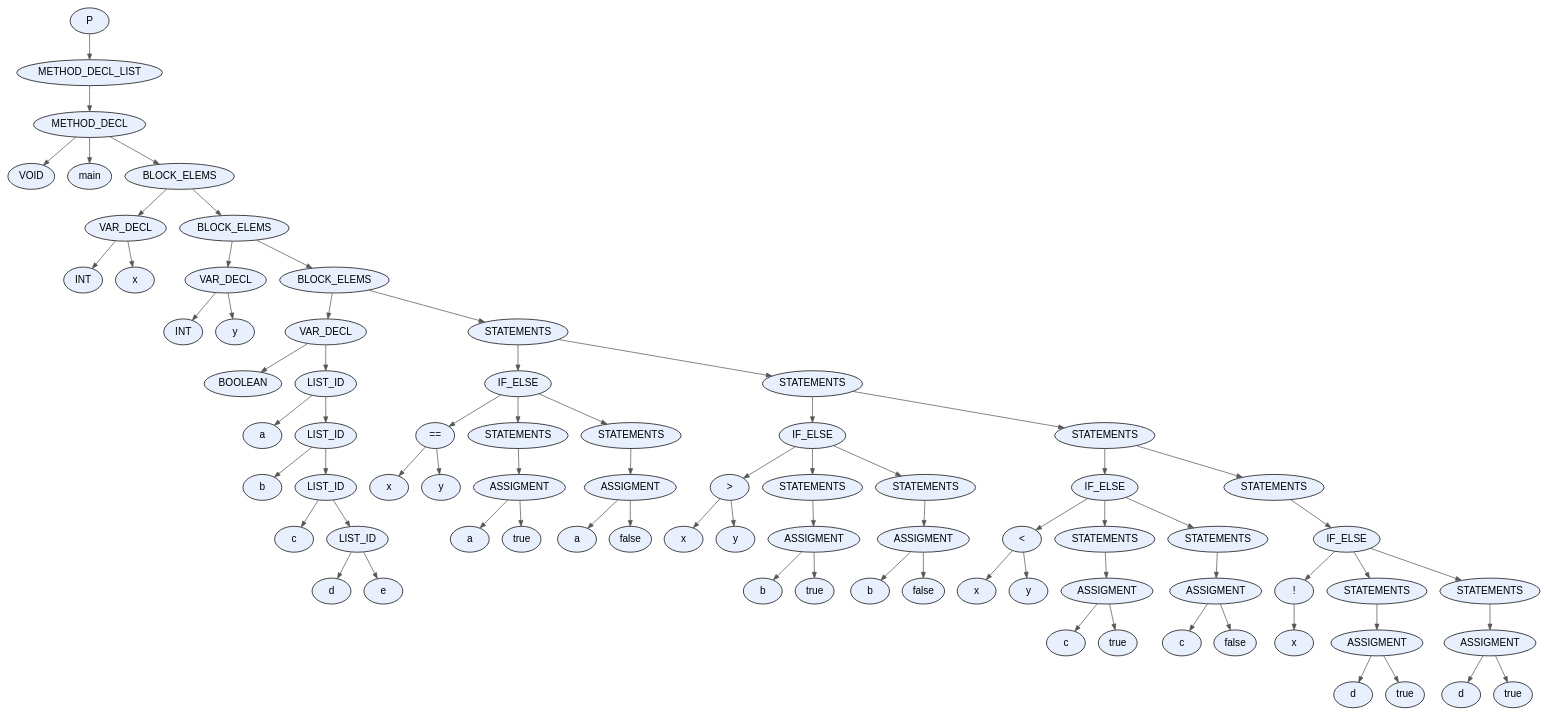
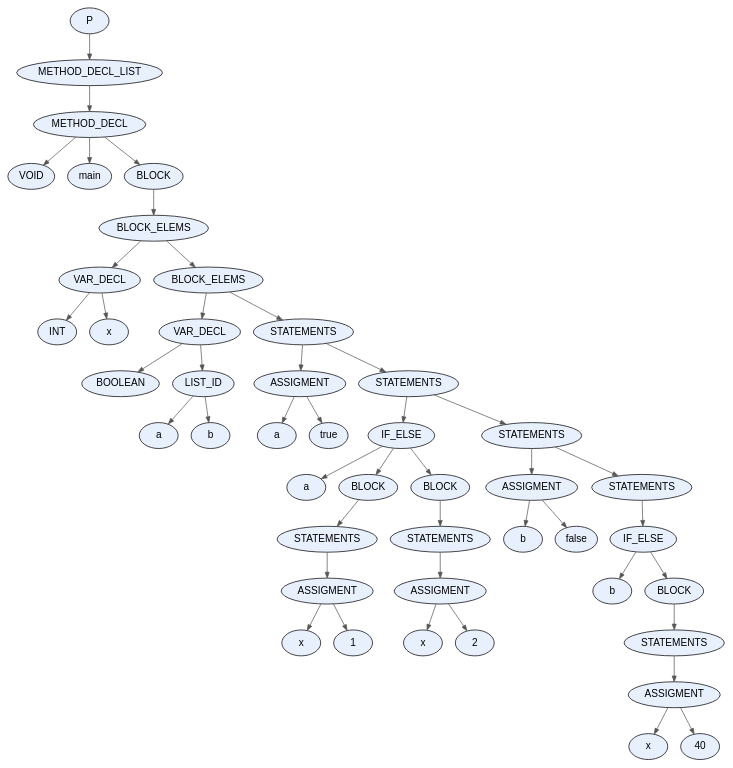
Before and after one commit to facundo-dario-loser/TDS2026: the diagram in proyecto/dot_files/test4.dot, drawn with Graphviz. The commit also changed 10 other files, not shown here.

```diff
--- a/proyecto/dot_files/test4.dot
+++ b/proyecto/dot_files/test4.dot
@@ -1,155 +1,93 @@
 digraph AST {
   node [fontname="Arial"];
   edge [arrowsize=0.8, color="#555555"];
-  "node_0x61e10f70d650" [label="P", style=filled, fillcolor="#E8F0FE", shape=ellipse, style="rounded,filled"];
-  "node_0x61e10f70d650" -> "node_0x61e10f70d600";
-  "node_0x61e10f70d600" [label="METHOD_DECL_LIST", style=filled, fillcolor="#E8F0FE", shape=ellipse, style="rounded,filled"];
-  "node_0x61e10f70d600" -> "node_0x61e10f70d5b0";
-  "node_0x61e10f70d5b0" [label="METHOD_DECL", style=filled, fillcolor="#E8F0FE", shape=ellipse, style="rounded,filled"];
-  "node_0x61e10f70d5b0" -> "node_0x61e10f70d4f0";
-  "node_0x61e10f70d4f0" [label="VOID", style=filled, fillcolor="#E8F0FE", shape=ellipse, style="rounded,filled"];
-  "node_0x61e10f70d5b0" -> "node_0x61e10f70d540";
-  "node_0x61e10f70d540" [label="main", style=filled, fillcolor="#E8F0FE", shape=ellipse, style="rounded,filled"];
-  "node_0x61e10f70d5b0" -> "node_0x61e10f70d4a0";
-  "node_0x61e10f70d4a0" [label="BLOCK_ELEMS", style=filled, fillcolor="#E8F0FE", shape=ellipse, style="rounded,filled"];
-  "node_0x61e10f70d4a0" -> "node_0x61e10f70ba20";
-  "node_0x61e10f70ba20" [label="VAR_DECL", style=filled, fillcolor="#E8F0FE", shape=ellipse, style="rounded,filled"];
-  "node_0x61e10f70ba20" -> "node_0x61e10f70b940";
-  "node_0x61e10f70b940" [label="INT", style=filled, fillcolor="#E8F0FE", shape=ellipse, style="rounded,filled"];
-  "node_0x61e10f70ba20" -> "node_0x61e10f70b9b0";
-  "node_0x61e10f70b9b0" [label="x", style=filled, fillcolor="#E8F0FE", shape=ellipse, style="rounded,filled"];
-  "node_0x61e10f70d4a0" -> "node_0x61e10f70d450";
-  "node_0x61e10f70d450" [label="BLOCK_ELEMS", style=filled, fillcolor="#E8F0FE", shape=ellipse, style="rounded,filled"];
-  "node_0x61e10f70d450" -> "node_0x61e10f70bb50";
-  "node_0x61e10f70bb50" [label="VAR_DECL", style=filled, fillcolor="#E8F0FE", shape=ellipse, style="rounded,filled"];
-  "node_0x61e10f70bb50" -> "node_0x61e10f70ba70";
-  "node_0x61e10f70ba70" [label="INT", style=filled, fillcolor="#E8F0FE", shape=ellipse, style="rounded,filled"];
-  "node_0x61e10f70bb50" -> "node_0x61e10f70bae0";
-  "node_0x61e10f70bae0" [label="y", style=filled, fillcolor="#E8F0FE", shape=ellipse, style="rounded,filled"];
-  "node_0x61e10f70d450" -> "node_0x61e10f70d400";
-  "node_0x61e10f70d400" [label="BLOCK_ELEMS", style=filled, fillcolor="#E8F0FE", shape=ellipse, style="rounded,filled"];
-  "node_0x61e10f70d400" -> "node_0x61e10f70c000";
-  "node_0x61e10f70c000" [label="VAR_DECL", style=filled, fillcolor="#E8F0FE", shape=ellipse, style="rounded,filled"];
-  "node_0x61e10f70c000" -> "node_0x61e10f70bba0";
-  "node_0x61e10f70bba0" [label="BOOLEAN", style=filled, fillcolor="#E8F0FE", shape=ellipse, style="rounded,filled"];
-  "node_0x61e10f70c000" -> "node_0x61e10f70bfb0";
-  "node_0x61e10f70bfb0" [label="LIST_ID", style=filled, fillcolor="#E8F0FE", shape=ellipse, style="rounded,filled"];
-  "node_0x61e10f70bfb0" -> "node_0x61e10f70bf40";
-  "node_0x61e10f70bf40" [label="a", style=filled, fillcolor="#E8F0FE", shape=ellipse, style="rounded,filled"];
-  "node_0x61e10f70bfb0" -> "node_0x61e10f70bef0";
-  "node_0x61e10f70bef0" [label="LIST_ID", style=filled, fillcolor="#E8F0FE", shape=ellipse, style="rounded,filled"];
-  "node_0x61e10f70bef0" -> "node_0x61e10f70be80";
-  "node_0x61e10f70be80" [label="b", style=filled, fillcolor="#E8F0FE", shape=ellipse, style="rounded,filled"];
-  "node_0x61e10f70bef0" -> "node_0x61e10f70be30";
-  "node_0x61e10f70be30" [label="LIST_ID", style=filled, fillcolor="#E8F0FE", shape=ellipse, style="rounded,filled"];
-  "node_0x61e10f70be30" -> "node_0x61e10f70bdc0";
-  "node_0x61e10f70bdc0" [label="c", style=filled, fillcolor="#E8F0FE", shape=ellipse, style="rounded,filled"];
-  "node_0x61e10f70be30" -> "node_0x61e10f70bd70";
-  "node_0x61e10f70bd70" [label="LIST_ID", style=filled, fillcolor="#E8F0FE", shape=ellipse, style="rounded,filled"];
-  "node_0x61e10f70bd70" -> "node_0x61e10f70bd00";
-  "node_0x61e10f70bd00" [label="d", style=filled, fillcolor="#E8F0FE", shape=ellipse, style="rounded,filled"];
-  "node_0x61e10f70bd70" -> "node_0x61e10f70bc90";
-  "node_0x61e10f70bc90" [label="e", style=filled, fillcolor="#E8F0FE", shape=ellipse, style="rounded,filled"];
-  "node_0x61e10f70d400" -> "node_0x61e10f70d3b0";
-  "node_0x61e10f70d3b0" [label="STATEMENTS", style=filled, fillcolor="#E8F0FE", shape=ellipse, style="rounded,filled"];
-  "node_0x61e10f70d3b0" -> "node_0x61e10f70c4c0";
-  "node_0x61e10f70c4c0" [label="IF_ELSE", style=filled, fillcolor="#E8F0FE", shape=ellipse, style="rounded,filled"];
-  "node_0x61e10f70c4c0" -> "node_0x61e10f70c170";
-  "node_0x61e10f70c170" [label="==", style=filled, fillcolor="#E8F0FE", shape=ellipse, style="rounded,filled"];
-  "node_0x61e10f70c170" -> "node_0x61e10f70c070";
-  "node_0x61e10f70c070" [label="x", style=filled, fillcolor="#E8F0FE", shape=ellipse, style="rounded,filled"];
-  "node_0x61e10f70c170" -> "node_0x61e10f70c100";
-  "node_0x61e10f70c100" [label="y", style=filled, fillcolor="#E8F0FE", shape=ellipse, style="rounded,filled"];
-  "node_0x61e10f70c4c0" -> "node_0x61e10f70c2f0";
-  "node_0x61e10f70c2f0" [label="STATEMENTS", style=filled, fillcolor="#E8F0FE", shape=ellipse, style="rounded,filled"];
-  "node_0x61e10f70c2f0" -> "node_0x61e10f70c2a0";
-  "node_0x61e10f70c2a0" [label="ASSIGMENT", style=filled, fillcolor="#E8F0FE", shape=ellipse, style="rounded,filled"];
-  "node_0x61e10f70c2a0" -> "node_0x61e10f70c230";
-  "node_0x61e10f70c230" [label="a", style=filled, fillcolor="#E8F0FE", shape=ellipse, style="rounded,filled"];
-  "node_0x61e10f70c2a0" -> "node_0x61e10f70c1e0";
-  "node_0x61e10f70c1e0" [label="true", style=filled, fillcolor="#E8F0FE", shape=ellipse, style="rounded,filled"];
-  "node_0x61e10f70c4c0" -> "node_0x61e10f70c470";
-  "node_0x61e10f70c470" [label="STATEMENTS", style=filled, fillcolor="#E8F0FE", shape=ellipse, style="rounded,filled"];
-  "node_0x61e10f70c470" -> "node_0x61e10f70c420";
-  "node_0x61e10f70c420" [label="ASSIGMENT", style=filled, fillcolor="#E8F0FE", shape=ellipse, style="rounded,filled"];
-  "node_0x61e10f70c420" -> "node_0x61e10f70c3b0";
-  "node_0x61e10f70c3b0" [label="a", style=filled, fillcolor="#E8F0FE", shape=ellipse, style="rounded,filled"];
-  "node_0x61e10f70c420" -> "node_0x61e10f70c360";
-  "node_0x61e10f70c360" [label="false", style=filled, fillcolor="#E8F0FE", shape=ellipse, style="rounded,filled"];
-  "node_0x61e10f70d3b0" -> "node_0x61e10f70d360";
-  "node_0x61e10f70d360" [label="STATEMENTS", style=filled, fillcolor="#E8F0FE", shape=ellipse, style="rounded,filled"];
-  "node_0x61e10f70d360" -> "node_0x61e10f70c980";
-  "node_0x61e10f70c980" [label="IF_ELSE", style=filled, fillcolor="#E8F0FE", shape=ellipse, style="rounded,filled"];
-  "node_0x61e10f70c980" -> "node_0x61e10f70c630";
-  "node_0x61e10f70c630" [label=">", style=filled, fillcolor="#E8F0FE", shape=ellipse, style="rounded,filled"];
-  "node_0x61e10f70c630" -> "node_0x61e10f70c530";
-  "node_0x61e10f70c530" [label="x", style=filled, fillcolor="#E8F0FE", shape=ellipse, style="rounded,filled"];
-  "node_0x61e10f70c630" -> "node_0x61e10f70c5c0";
-  "node_0x61e10f70c5c0" [label="y", style=filled, fillcolor="#E8F0FE", shape=ellipse, style="rounded,filled"];
-  "node_0x61e10f70c980" -> "node_0x61e10f70c7b0";
-  "node_0x61e10f70c7b0" [label="STATEMENTS", style=filled, fillcolor="#E8F0FE", shape=ellipse, style="rounded,filled"];
-  "node_0x61e10f70c7b0" -> "node_0x61e10f70c760";
-  "node_0x61e10f70c760" [label="ASSIGMENT", style=filled, fillcolor="#E8F0FE", shape=ellipse, style="rounded,filled"];
-  "node_0x61e10f70c760" -> "node_0x61e10f70c6f0";
-  "node_0x61e10f70c6f0" [label="b", style=filled, fillcolor="#E8F0FE", shape=ellipse, style="rounded,filled"];
-  "node_0x61e10f70c760" -> "node_0x61e10f70c6a0";
-  "node_0x61e10f70c6a0" [label="true", style=filled, fillcolor="#E8F0FE", shape=ellipse, style="rounded,filled"];
-  "node_0x61e10f70c980" -> "node_0x61e10f70c930";
-  "node_0x61e10f70c930" [label="STATEMENTS", style=filled, fillcolor="#E8F0FE", shape=ellipse, style="rounded,filled"];
-  "node_0x61e10f70c930" -> "node_0x61e10f70c8e0";
-  "node_0x61e10f70c8e0" [label="ASSIGMENT", style=filled, fillcolor="#E8F0FE", shape=ellipse, style="rounded,filled"];
-  "node_0x61e10f70c8e0" -> "node_0x61e10f70c870";
-  "node_0x61e10f70c870" [label="b", style=filled, fillcolor="#E8F0FE", shape=ellipse, style="rounded,filled"];
-  "node_0x61e10f70c8e0" -> "node_0x61e10f70c820";
-  "node_0x61e10f70c820" [label="false", style=filled, fillcolor="#E8F0FE", shape=ellipse, style="rounded,filled"];
-  "node_0x61e10f70d360" -> "node_0x61e10f70d310";
-  "node_0x61e10f70d310" [label="STATEMENTS", style=filled, fillcolor="#E8F0FE", shape=ellipse, style="rounded,filled"];
-  "node_0x61e10f70d310" -> "node_0x61e10f70ce40";
-  "node_0x61e10f70ce40" [label="IF_ELSE", style=filled, fillcolor="#E8F0FE", shape=ellipse, style="rounded,filled"];
-  "node_0x61e10f70ce40" -> "node_0x61e10f70caf0";
-  "node_0x61e10f70caf0" [label="<", style=filled, fillcolor="#E8F0FE", shape=ellipse, style="rounded,filled"];
-  "node_0x61e10f70caf0" -> "node_0x61e10f70c9f0";
-  "node_0x61e10f70c9f0" [label="x", style=filled, fillcolor="#E8F0FE", shape=ellipse, style="rounded,filled"];
-  "node_0x61e10f70caf0" -> "node_0x61e10f70ca80";
-  "node_0x61e10f70ca80" [label="y", style=filled, fillcolor="#E8F0FE", shape=ellipse, style="rounded,filled"];
-  "node_0x61e10f70ce40" -> "node_0x61e10f70cc70";
-  "node_0x61e10f70cc70" [label="STATEMENTS", style=filled, fillcolor="#E8F0FE", shape=ellipse, style="rounded,filled"];
-  "node_0x61e10f70cc70" -> "node_0x61e10f70cc20";
-  "node_0x61e10f70cc20" [label="ASSIGMENT", style=filled, fillcolor="#E8F0FE", shape=ellipse, style="rounded,filled"];
-  "node_0x61e10f70cc20" -> "node_0x61e10f70cbb0";
-  "node_0x61e10f70cbb0" [label="c", style=filled, fillcolor="#E8F0FE", shape=ellipse, style="rounded,filled"];
-  "node_0x61e10f70cc20" -> "node_0x61e10f70cb60";
-  "node_0x61e10f70cb60" [label="true", style=filled, fillcolor="#E8F0FE", shape=ellipse, style="rounded,filled"];
-  "node_0x61e10f70ce40" -> "node_0x61e10f70cdf0";
-  "node_0x61e10f70cdf0" [label="STATEMENTS", style=filled, fillcolor="#E8F0FE", shape=ellipse, style="rounded,filled"];
-  "node_0x61e10f70cdf0" -> "node_0x61e10f70cda0";
-  "node_0x61e10f70cda0" [label="ASSIGMENT", style=filled, fillcolor="#E8F0FE", shape=ellipse, style="rounded,filled"];
-  "node_0x61e10f70cda0" -> "node_0x61e10f70cd30";
-  "node_0x61e10f70cd30" [label="c", style=filled, fillcolor="#E8F0FE", shape=ellipse, style="rounded,filled"];
-  "node_0x61e10f70cda0" -> "node_0x61e10f70cce0";
-  "node_0x61e10f70cce0" [label="false", style=filled, fillcolor="#E8F0FE", shape=ellipse, style="rounded,filled"];
-  "node_0x61e10f70d310" -> "node_0x61e10f70d2c0";
-  "node_0x61e10f70d2c0" [label="STATEMENTS", style=filled, fillcolor="#E8F0FE", shape=ellipse, style="rounded,filled"];
-  "node_0x61e10f70d2c0" -> "node_0x61e10f70d270";
-  "node_0x61e10f70d270" [label="IF_ELSE", style=filled, fillcolor="#E8F0FE", shape=ellipse, style="rounded,filled"];
-  "node_0x61e10f70d270" -> "node_0x61e10f70cf20";
-  "node_0x61e10f70cf20" [label="!", style=filled, fillcolor="#E8F0FE", shape=ellipse, style="rounded,filled"];
-  "node_0x61e10f70cf20" -> "node_0x61e10f70ceb0";
-  "node_0x61e10f70ceb0" [label="x", style=filled, fillcolor="#E8F0FE", shape=ellipse, style="rounded,filled"];
-  "node_0x61e10f70d270" -> "node_0x61e10f70d0a0";
-  "node_0x61e10f70d0a0" [label="STATEMENTS", style=filled, fillcolor="#E8F0FE", shape=ellipse, style="rounded,filled"];
-  "node_0x61e10f70d0a0" -> "node_0x61e10f70d050";
-  "node_0x61e10f70d050" [label="ASSIGMENT", style=filled, fillcolor="#E8F0FE", shape=ellipse, style="rounded,filled"];
-  "node_0x61e10f70d050" -> "node_0x61e10f70cfe0";
-  "node_0x61e10f70cfe0" [label="d", style=filled, fillcolor="#E8F0FE", shape=ellipse, style="rounded,filled"];
-  "node_0x61e10f70d050" -> "node_0x61e10f70cf90";
-  "node_0x61e10f70cf90" [label="true", style=filled, fillcolor="#E8F0FE", shape=ellipse, style="rounded,filled"];
-  "node_0x61e10f70d270" -> "node_0x61e10f70d220";
-  "node_0x61e10f70d220" [label="STATEMENTS", style=filled, fillcolor="#E8F0FE", shape=ellipse, style="rounded,filled"];
-  "node_0x61e10f70d220" -> "node_0x61e10f70d1d0";
-  "node_0x61e10f70d1d0" [label="ASSIGMENT", style=filled, fillcolor="#E8F0FE", shape=ellipse, style="rounded,filled"];
-  "node_0x61e10f70d1d0" -> "node_0x61e10f70d160";
-  "node_0x61e10f70d160" [label="d", style=filled, fillcolor="#E8F0FE", shape=ellipse, style="rounded,filled"];
-  "node_0x61e10f70d1d0" -> "node_0x61e10f70d110";
-  "node_0x61e10f70d110" [label="true", style=filled, fillcolor="#E8F0FE", shape=ellipse, style="rounded,filled"];
+  "node_0x579cc531a9a0" [label="P", style=filled, fillcolor="#E8F0FE", shape=ellipse, style="rounded,filled"];
+  "node_0x579cc531a9a0" -> "node_0x579cc531a950";
+  "node_0x579cc531a950" [label="METHOD_DECL_LIST", style=filled, fillcolor="#E8F0FE", shape=ellipse, style="rounded,filled"];
+  "node_0x579cc531a950" -> "node_0x579cc531a900";
+  "node_0x579cc531a900" [label="METHOD_DECL", style=filled, fillcolor="#E8F0FE", shape=ellipse, style="rounded,filled"];
+  "node_0x579cc531a900" -> "node_0x579cc531a840";
+  "node_0x579cc531a840" [label="VOID", style=filled, fillcolor="#E8F0FE", shape=ellipse, style="rounded,filled"];
+  "node_0x579cc531a900" -> "node_0x579cc531a890";
+  "node_0x579cc531a890" [label="main", style=filled, fillcolor="#E8F0FE", shape=ellipse, style="rounded,filled"];
+  "node_0x579cc531a900" -> "node_0x579cc531a7f0";
+  "node_0x579cc531a7f0" [label="BLOCK", style=filled, fillcolor="#E8F0FE", shape=ellipse, style="rounded,filled"];
+  "node_0x579cc531a7f0" -> "node_0x579cc531a7a0";
+  "node_0x579cc531a7a0" [label="BLOCK_ELEMS", style=filled, fillcolor="#E8F0FE", shape=ellipse, style="rounded,filled"];
+  "node_0x579cc531a7a0" -> "node_0x579cc5319a20";
+  "node_0x579cc5319a20" [label="VAR_DECL", style=filled, fillcolor="#E8F0FE", shape=ellipse, style="rounded,filled"];
+  "node_0x579cc5319a20" -> "node_0x579cc5319940";
+  "node_0x579cc5319940" [label="INT", style=filled, fillcolor="#E8F0FE", shape=ellipse, style="rounded,filled"];
+  "node_0x579cc5319a20" -> "node_0x579cc53199b0";
+  "node_0x579cc53199b0" [label="x", style=filled, fillcolor="#E8F0FE", shape=ellipse, style="rounded,filled"];
+  "node_0x579cc531a7a0" -> "node_0x579cc531a750";
+  "node_0x579cc531a750" [label="BLOCK_ELEMS", style=filled, fillcolor="#E8F0FE", shape=ellipse, style="rounded,filled"];
+  "node_0x579cc531a750" -> "node_0x579cc5319c30";
+  "node_0x579cc5319c30" [label="VAR_DECL", style=filled, fillcolor="#E8F0FE", shape=ellipse, style="rounded,filled"];
+  "node_0x579cc5319c30" -> "node_0x579cc5319a70";
+  "node_0x579cc5319a70" [label="BOOLEAN", style=filled, fillcolor="#E8F0FE", shape=ellipse, style="rounded,filled"];
+  "node_0x579cc5319c30" -> "node_0x579cc5319be0";
+  "node_0x579cc5319be0" [label="LIST_ID", style=filled, fillcolor="#E8F0FE", shape=ellipse, style="rounded,filled"];
+  "node_0x579cc5319be0" -> "node_0x579cc5319b70";
+  "node_0x579cc5319b70" [label="a", style=filled, fillcolor="#E8F0FE", shape=ellipse, style="rounded,filled"];
+  "node_0x579cc5319be0" -> "node_0x579cc5319b00";
+  "node_0x579cc5319b00" [label="b", style=filled, fillcolor="#E8F0FE", shape=ellipse, style="rounded,filled"];
+  "node_0x579cc531a750" -> "node_0x579cc531a700";
+  "node_0x579cc531a700" [label="STATEMENTS", style=filled, fillcolor="#E8F0FE", shape=ellipse, style="rounded,filled"];
+  "node_0x579cc531a700" -> "node_0x579cc5319d60";
+  "node_0x579cc5319d60" [label="ASSIGMENT", style=filled, fillcolor="#E8F0FE", shape=ellipse, style="rounded,filled"];
+  "node_0x579cc5319d60" -> "node_0x579cc5319cf0";
+  "node_0x579cc5319cf0" [label="a", style=filled, fillcolor="#E8F0FE", shape=ellipse, style="rounded,filled"];
+  "node_0x579cc5319d60" -> "node_0x579cc5319ca0";
+  "node_0x579cc5319ca0" [label="true", style=filled, fillcolor="#E8F0FE", shape=ellipse, style="rounded,filled"];
+  "node_0x579cc531a700" -> "node_0x579cc531a6b0";
+  "node_0x579cc531a6b0" [label="STATEMENTS", style=filled, fillcolor="#E8F0FE", shape=ellipse, style="rounded,filled"];
+  "node_0x579cc531a6b0" -> "node_0x579cc531a1e0";
+  "node_0x579cc531a1e0" [label="IF_ELSE", style=filled, fillcolor="#E8F0FE", shape=ellipse, style="rounded,filled"];
+  "node_0x579cc531a1e0" -> "node_0x579cc5319dd0";
+  "node_0x579cc5319dd0" [label="a", style=filled, fillcolor="#E8F0FE", shape=ellipse, style="rounded,filled"];
+  "node_0x579cc531a1e0" -> "node_0x579cc5319fc0";
+  "node_0x579cc5319fc0" [label="BLOCK", style=filled, fillcolor="#E8F0FE", shape=ellipse, style="rounded,filled"];
+  "node_0x579cc5319fc0" -> "node_0x579cc5319f70";
+  "node_0x579cc5319f70" [label="STATEMENTS", style=filled, fillcolor="#E8F0FE", shape=ellipse, style="rounded,filled"];
+  "node_0x579cc5319f70" -> "node_0x579cc5319f20";
+  "node_0x579cc5319f20" [label="ASSIGMENT", style=filled, fillcolor="#E8F0FE", shape=ellipse, style="rounded,filled"];
+  "node_0x579cc5319f20" -> "node_0x579cc5319eb0";
+  "node_0x579cc5319eb0" [label="x", style=filled, fillcolor="#E8F0FE", shape=ellipse, style="rounded,filled"];
+  "node_0x579cc5319f20" -> "node_0x579cc5319e60";
+  "node_0x579cc5319e60" [label="1", style=filled, fillcolor="#E8F0FE", shape=ellipse, style="rounded,filled"];
+  "node_0x579cc531a1e0" -> "node_0x579cc531a190";
+  "node_0x579cc531a190" [label="BLOCK", style=filled, fillcolor="#E8F0FE", shape=ellipse, style="rounded,filled"];
+  "node_0x579cc531a190" -> "node_0x579cc531a140";
+  "node_0x579cc531a140" [label="STATEMENTS", style=filled, fillcolor="#E8F0FE", shape=ellipse, style="rounded,filled"];
+  "node_0x579cc531a140" -> "node_0x579cc531a0f0";
+  "node_0x579cc531a0f0" [label="ASSIGMENT", style=filled, fillcolor="#E8F0FE", shape=ellipse, style="rounded,filled"];
+  "node_0x579cc531a0f0" -> "node_0x579cc531a080";
+  "node_0x579cc531a080" [label="x", style=filled, fillcolor="#E8F0FE", shape=ellipse, style="rounded,filled"];
+  "node_0x579cc531a0f0" -> "node_0x579cc531a030";
+  "node_0x579cc531a030" [label="2", style=filled, fillcolor="#E8F0FE", shape=ellipse, style="rounded,filled"];
+  "node_0x579cc531a6b0" -> "node_0x579cc531a660";
+  "node_0x579cc531a660" [label="STATEMENTS", style=filled, fillcolor="#E8F0FE", shape=ellipse, style="rounded,filled"];
+  "node_0x579cc531a660" -> "node_0x579cc531a310";
+  "node_0x579cc531a310" [label="ASSIGMENT", style=filled, fillcolor="#E8F0FE", shape=ellipse, style="rounded,filled"];
+  "node_0x579cc531a310" -> "node_0x579cc531a2a0";
+  "node_0x579cc531a2a0" [label="b", style=filled, fillcolor="#E8F0FE", shape=ellipse, style="rounded,filled"];
+  "node_0x579cc531a310" -> "node_0x579cc531a250";
+  "node_0x579cc531a250" [label="false", style=filled, fillcolor="#E8F0FE", shape=ellipse, style="rounded,filled"];
+  "node_0x579cc531a660" -> "node_0x579cc531a610";
+  "node_0x579cc531a610" [label="STATEMENTS", style=filled, fillcolor="#E8F0FE", shape=ellipse, style="rounded,filled"];
+  "node_0x579cc531a610" -> "node_0x579cc531a5c0";
+  "node_0x579cc531a5c0" [label="IF_ELSE", style=filled, fillcolor="#E8F0FE", shape=ellipse, style="rounded,filled"];
+  "node_0x579cc531a5c0" -> "node_0x579cc531a380";
+  "node_0x579cc531a380" [label="b", style=filled, fillcolor="#E8F0FE", shape=ellipse, style="rounded,filled"];
+  "node_0x579cc531a5c0" -> "node_0x579cc531a570";
+  "node_0x579cc531a570" [label="BLOCK", style=filled, fillcolor="#E8F0FE", shape=ellipse, style="rounded,filled"];
+  "node_0x579cc531a570" -> "node_0x579cc531a520";
+  "node_0x579cc531a520" [label="STATEMENTS", style=filled, fillcolor="#E8F0FE", shape=ellipse, style="rounded,filled"];
+  "node_0x579cc531a520" -> "node_0x579cc531a4d0";
+  "node_0x579cc531a4d0" [label="ASSIGMENT", style=filled, fillcolor="#E8F0FE", shape=ellipse, style="rounded,filled"];
+  "node_0x579cc531a4d0" -> "node_0x579cc531a460";
+  "node_0x579cc531a460" [label="x", style=filled, fillcolor="#E8F0FE", shape=ellipse, style="rounded,filled"];
+  "node_0x579cc531a4d0" -> "node_0x579cc531a410";
+  "node_0x579cc531a410" [label="40", style=filled, fillcolor="#E8F0FE", shape=ellipse, style="rounded,filled"];
 }
```
